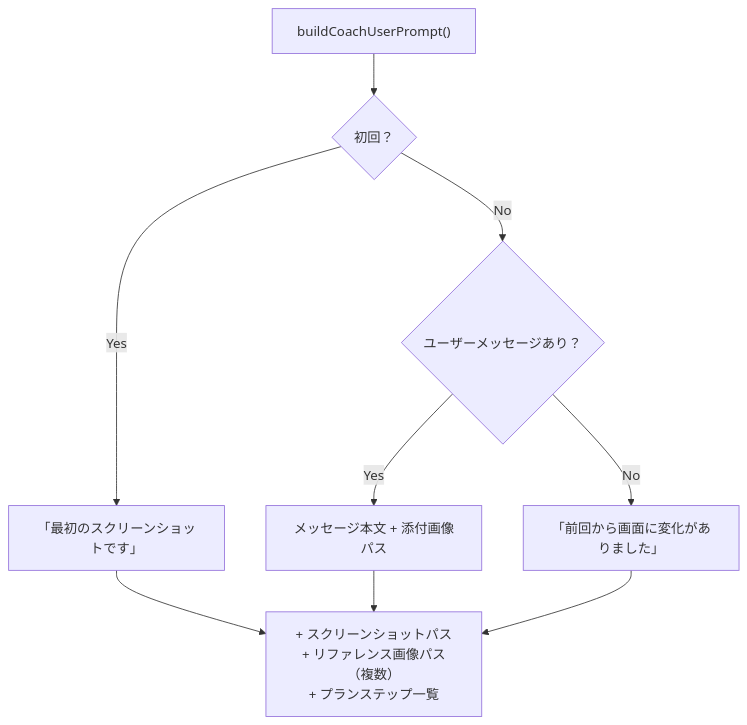
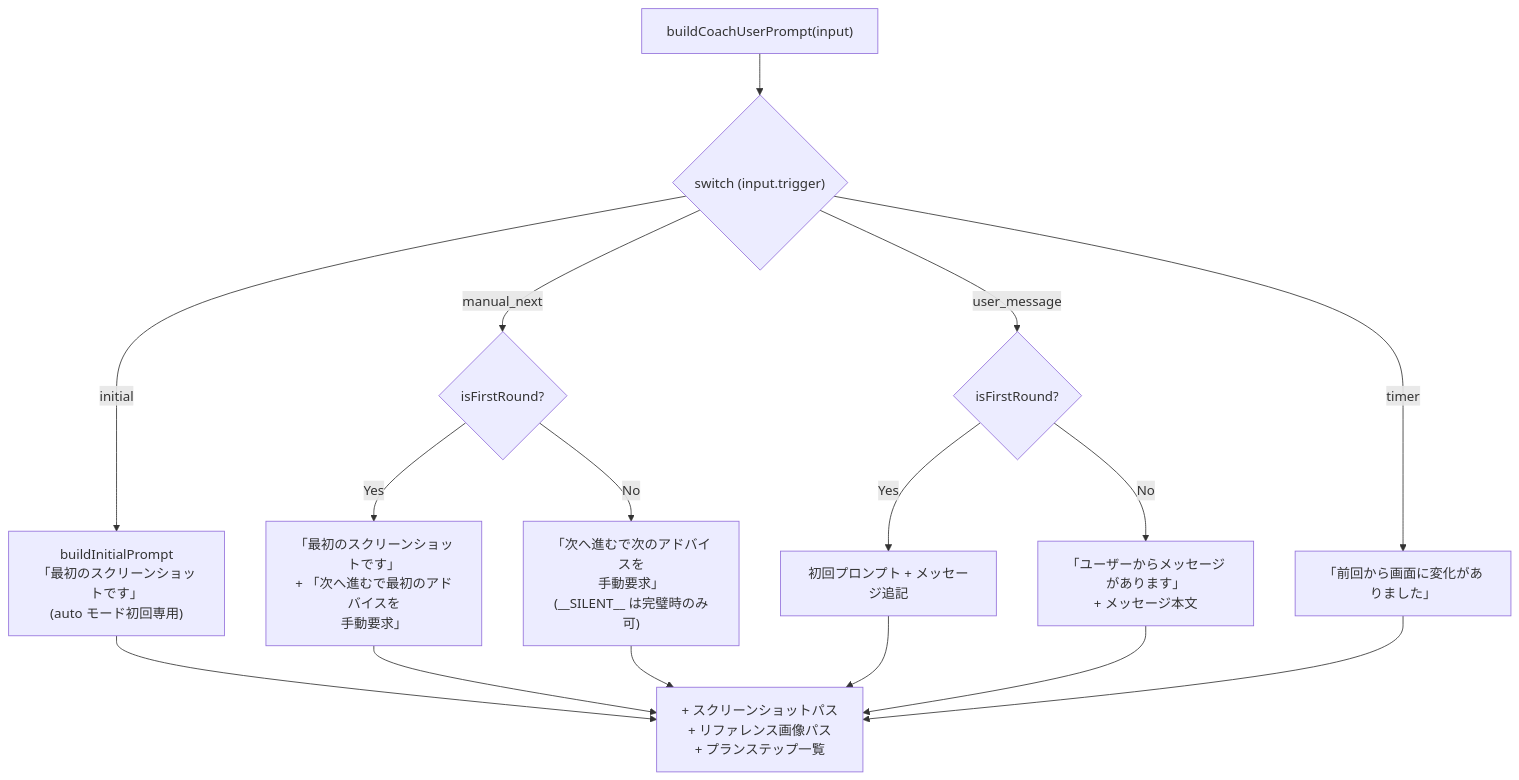
The ninth of 18 diagrams in packages/core/docs/reading-guide.md (yukaorange/dcc_suport), drawn with Mermaid before and after one commit. The commit also changed other lines of this file and 17 other files, not shown here.

````diff
--- a/packages/core/docs/reading-guide.md
+++ b/packages/core/docs/reading-guide.md
@@ -280,12 +331,22 @@
 ```mermaid
 flowchart TD
-    A["buildCoachUserPrompt()"] --> B{初回？}
-    B -->|Yes| C["「最初のスクリーンショットです」"]
-    B -->|No| D{ユーザーメッセージあり？}
-    D -->|Yes| E["メッセージ本文 + 添付画像パス"]
-    D -->|No| F["「前回から画面に変化がありました」"]
+    A["buildCoachUserPrompt(input)"] --> SW{"switch (input.trigger)"}
 
-    C --> G["+ スクリーンショットパス\n+ リファレンス画像パス（複数）\n+ プランステップ一覧"]
-    E --> G
-    F --> G
+    SW -->|initial| INIT["buildInitialPrompt<br/>「最初のスクリーンショットです」<br/>(auto モード初回専用)"]
+    SW -->|manual_next| MN{"isFirstRound?"}
+    SW -->|user_message| UM{"isFirstRound?"}
+    SW -->|timer| TM["「前回から画面に変化がありました」"]
+
+    MN -->|Yes| MN1["「最初のスクリーンショットです」<br/>+ 「次へ進むで最初のアドバイスを<br/>手動要求」"]
+    MN -->|No| MN2["「次へ進むで次のアドバイスを<br/>手動要求」<br/>(__SILENT__ は完璧時のみ可)"]
+
+    UM -->|Yes| UM1["初回プロンプト + メッセージ追記"]
+    UM -->|No| UM2["「ユーザーからメッセージがあります」<br/>+ メッセージ本文"]
+
+    INIT --> G["+ スクリーンショットパス<br/>+ リファレンス画像パス<br/>+ プランステップ一覧"]
+    MN1 --> G
+    MN2 --> G
+    UM1 --> G
+    UM2 --> G
+    TM --> G
 ```
````
